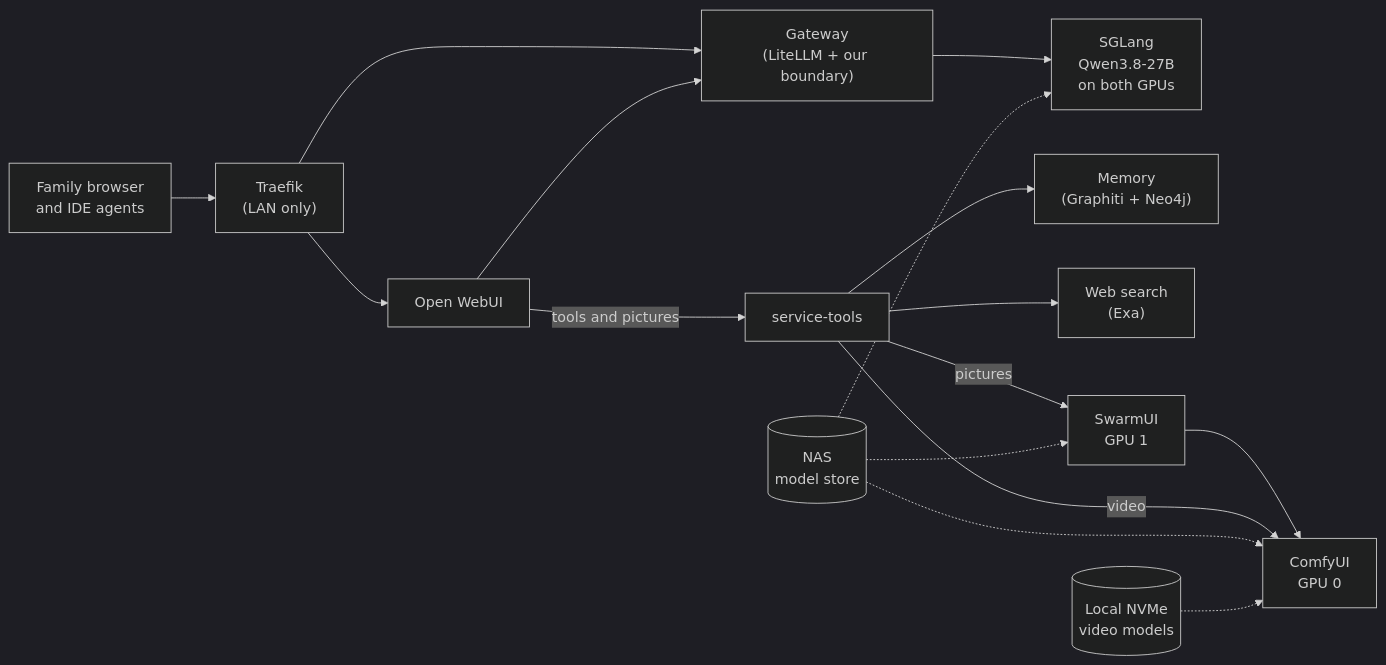
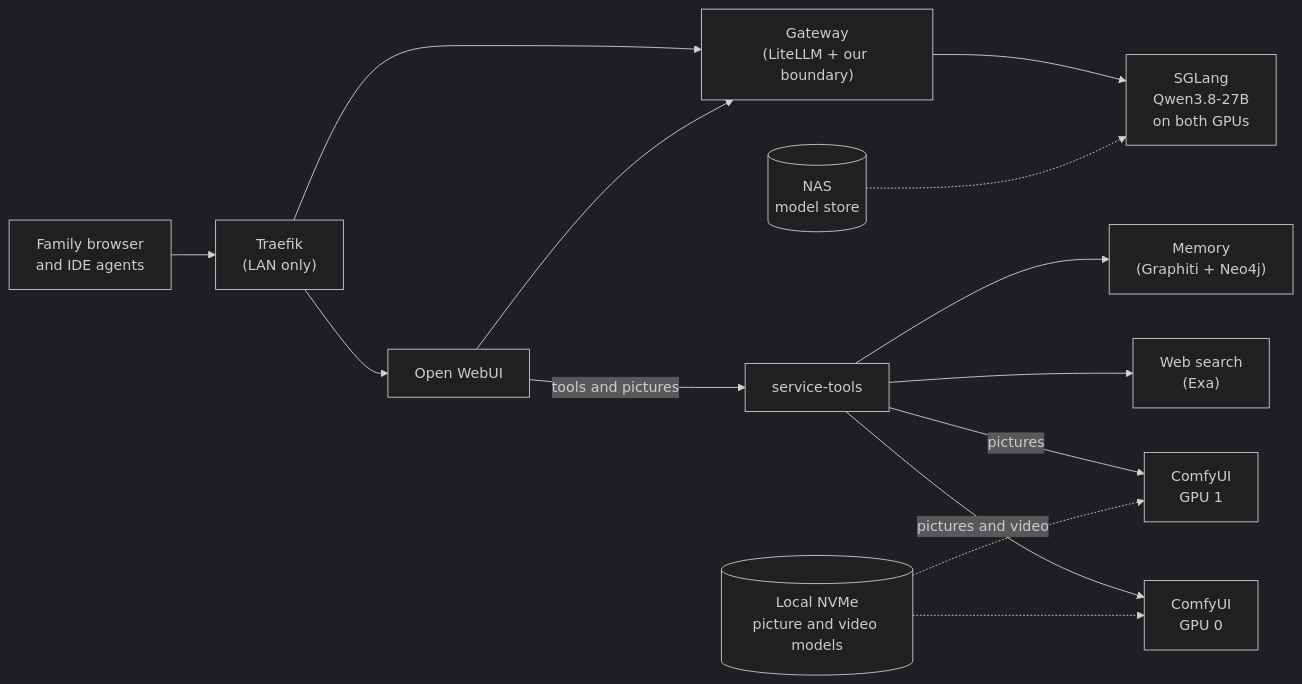
Before and after one commit to Drgr33nSenior/ArchLinuxThreadripper: the diagram in README.md, drawn with Mermaid (dark theme). The commit also changed other lines of this file and 26 other files, not shown here.

````diff
--- a/README.md
+++ b/README.md
@@ -34,16 +34,15 @@
 ```mermaid
 flowchart LR
   user["Family browser<br/>and IDE agents"] --> traefik["Traefik<br/>(LAN only)"]
   traefik --> webui["Open WebUI"]
   traefik --> gw["Gateway<br/>(LiteLLM + our boundary)"]
   webui --> gw
   gw --> sglang["SGLang<br/>Qwen3.8-27B<br/>on both GPUs"]
   webui -->|"tools and pictures"| tools["service-tools"]
   tools --> mem["Memory<br/>(Graphiti + Neo4j)"]
   tools --> web["Web search<br/>(Exa)"]
-  tools -->|"pictures"| swarm["SwarmUI<br/>GPU 1"]
-  swarm --> comfy0["ComfyUI<br/>GPU 0"]
-  tools -->|"video"| comfy0
-  nas[("NAS<br/>model store")] -.-> sglang & swarm & comfy0
-  nvme[("Local NVMe<br/>video models")] -.-> comfy0
+  tools -->|"pictures"| comfy1["ComfyUI<br/>GPU 1"]
+  tools -->|"pictures and video"| comfy0["ComfyUI<br/>GPU 0"]
+  nas[("NAS<br/>model store")] -.-> sglang
+  nvme[("Local NVMe<br/>picture and video models")] -.-> comfy1 & comfy0
 ```
````
